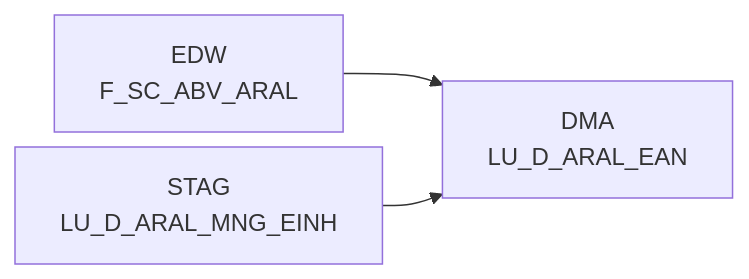
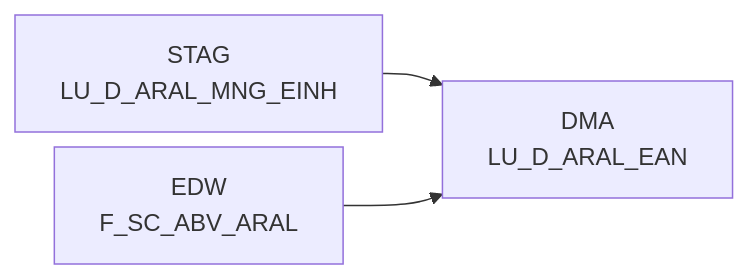
One commit to integration-factory-de/sas_code_docs changed the diagram in docs/Tables/DMA/LU_D_ARAL_EAN.md. Above: the diagram before and after it, drawn with Mermaid. The commit also changed other lines of this file and 129 other files, not shown here.

````diff
--- a/docs/Tables/DMA/LU_D_ARAL_EAN.md
+++ b/docs/Tables/DMA/LU_D_ARAL_EAN.md
@@ -9,12 +17,12 @@
 ```mermaid
 %%{init: {'flowchart': { 'nodeSpacing': 10, 'rankSpacing': 40, 'rankdir': 'TB' }}}%%
 
 flowchart LR
 
+  STAG.LU_D_ARAL_MNG_EINH["STAG<br/>LU_D_ARAL_MNG_EINH"] --> DMA.LU_D_ARAL_EAN["DMA<br/>LU_D_ARAL_EAN"]
   EDW.F_SC_ABV_ARAL["EDW<br/>F_SC_ABV_ARAL"] --> DMA.LU_D_ARAL_EAN["DMA<br/>LU_D_ARAL_EAN"]
-  STAG.LU_D_ARAL_MNG_EINH["STAG<br/>LU_D_ARAL_MNG_EINH"] --> DMA.LU_D_ARAL_EAN["DMA<br/>LU_D_ARAL_EAN"]
+  click STAG.LU_D_ARAL_MNG_EINH "../../tables/STAG/LU_D_ARAL_MNG_EINH"
   click EDW.F_SC_ABV_ARAL "../../tables/EDW/F_SC_ABV_ARAL"
-  click STAG.LU_D_ARAL_MNG_EINH "../../tables/STAG/LU_D_ARAL_MNG_EINH"
   click DMA.LU_D_ARAL_EAN "../../tables/DMA/LU_D_ARAL_EAN"
   click DMA.LU_D_ARAL_EAN "../../tables/DMA/LU_D_ARAL_EAN"
 ```
````
